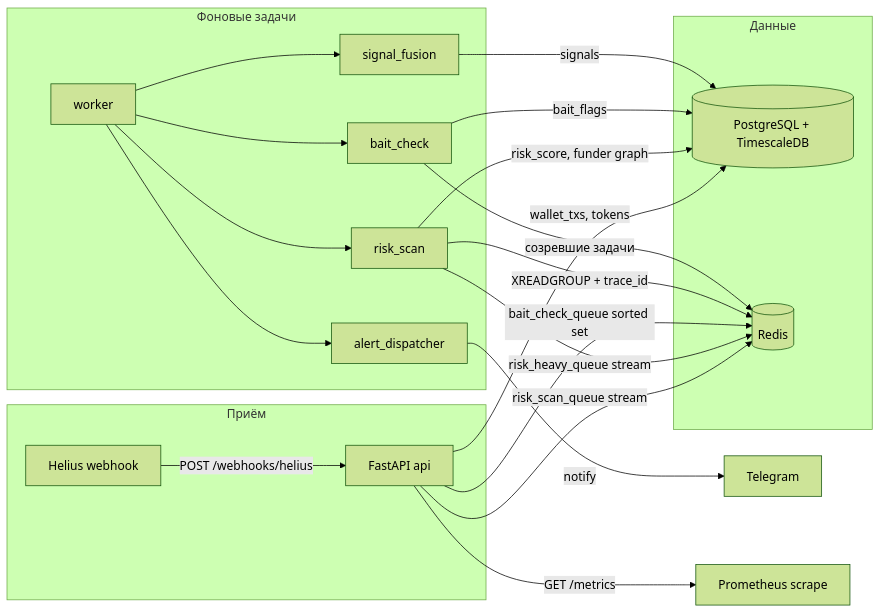
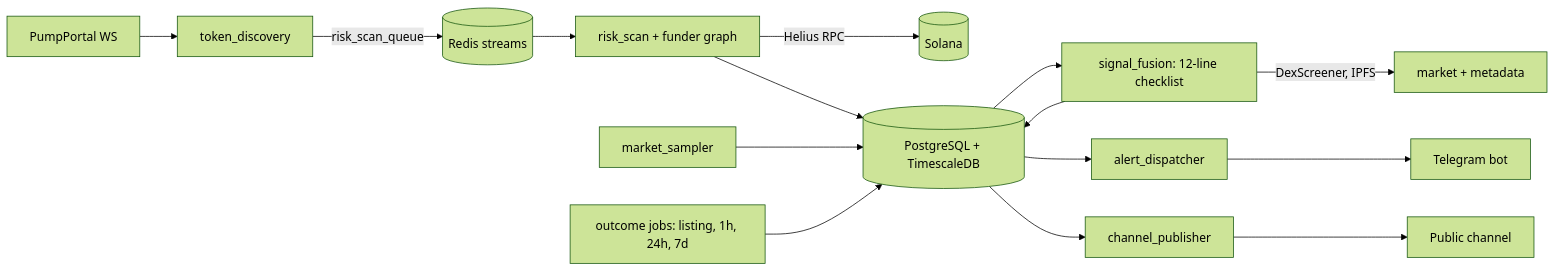
Before and after one commit to in2erstellar/signal-agent: the diagram in README.md, drawn with Mermaid (forest theme). The commit also changed other lines of this file and 5 other files, not shown here.

````diff
--- a/README.md
+++ b/README.md
@@ -11,36 +79,15 @@
 ```mermaid
 flowchart LR
-  subgraph ingest [Приём]
-    Helius[Helius webhook]
-    API[FastAPI api]
-  end
-  subgraph data [Данные]
-    PG[(PostgreSQL + TimescaleDB)]
-    Redis[(Redis)]
-  end
-  subgraph jobs [Фоновые задачи]
-    Worker[worker]
-    Risk[risk_scan]
-    Bait[bait_check]
-    Fusion[signal_fusion]
-    Alerts[alert_dispatcher]
-  end
-  TG[Telegram]
-
-  Helius -->|POST /webhooks/helius| API
-  API -->|wallet_txs, tokens| PG
-  API -->|risk_scan_queue stream| Redis
-  Risk -->|risk_heavy_queue stream| Redis
-  API -->|bait_check_queue sorted set| Redis
-  Worker --> Risk
-  Worker --> Bait
-  Worker --> Fusion
-  Worker --> Alerts
-  Risk -->|XREADGROUP + trace_id| Redis
-  Risk -->|risk_score, funder graph| PG
-  Bait -->|созревшие задачи| Redis
-  Bait -->|bait_flags| PG
-  Fusion -->|signals| PG
-  Alerts -->|notify| TG
-  API -->|GET /metrics| Prom[Prometheus scrape]
+  PP[PumpPortal WS] --> Disc[token_discovery]
+  Disc -->|risk_scan_queue| Redis[(Redis streams)]
+  Redis --> Risk[risk_scan + funder graph]
+  Risk -->|Helius RPC| Helius[(Solana)]
+  Risk --> PG[(PostgreSQL + TimescaleDB)]
+  PG --> Fusion[signal_fusion: 12-line checklist]
+  Fusion -->|DexScreener, IPFS| Ext[market + metadata]
+  Fusion --> PG
+  PG --> Alerts[alert_dispatcher] --> Bot[Telegram bot]
+  PG --> Channel[channel_publisher] --> Pub[Public channel]
+  Sampler[market_sampler] --> PG
+  Outcomes[outcome jobs: listing, 1h, 24h, 7d] --> PG
 ```
````
